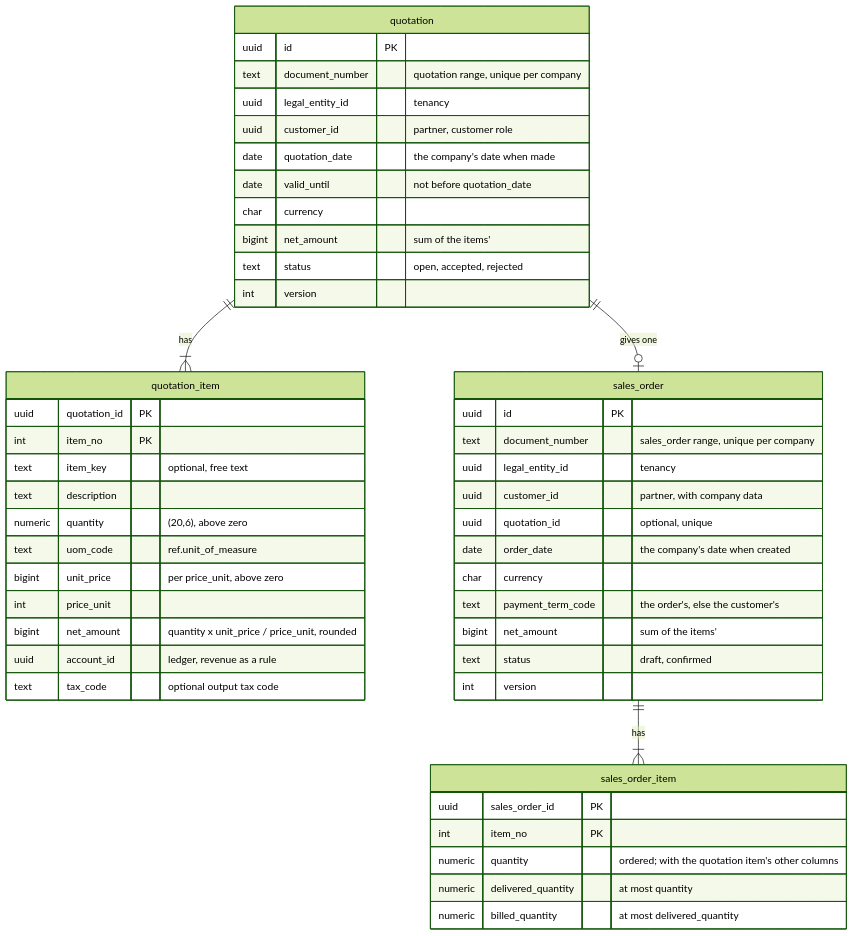
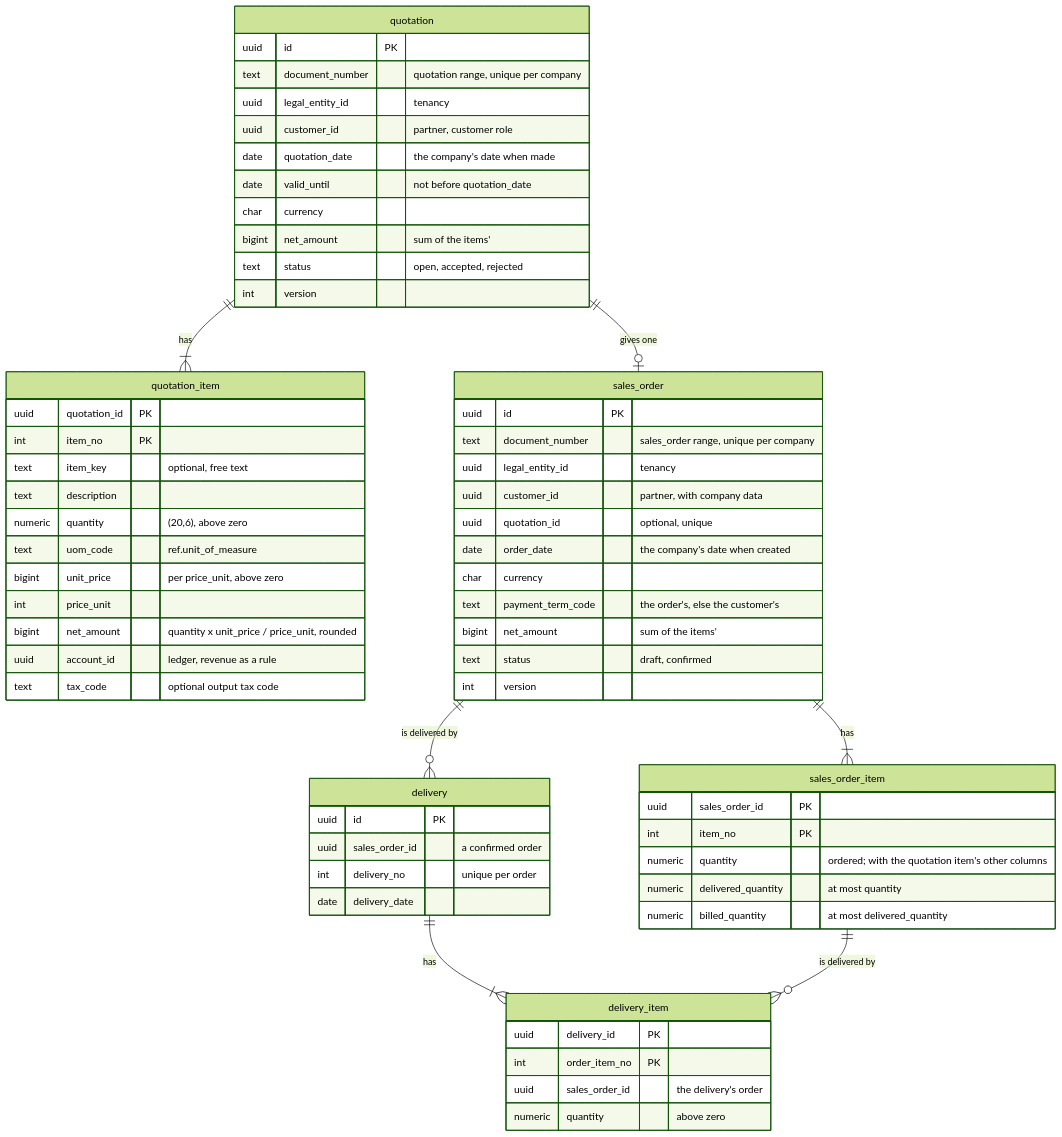
One commit to mustie7iy/agentic-erp changed diagram 16 of 16 in docs/design/03-data-model.md. Above: the diagram before and after it, drawn with Mermaid (forest theme). The commit also changed other lines of this file and 33 other files, not shown here.

````diff
--- a/docs/design/03-data-model.md
+++ b/docs/design/03-data-model.md
@@ -4246,47 +4248,60 @@
 ```mermaid
 erDiagram
   quotation ||--|{ quotation_item : "has"
   quotation { uuid id PK
     text document_number "quotation range, unique per company"
     uuid legal_entity_id "tenancy"
     uuid customer_id "partner, customer role"
     date quotation_date "the company's date when made"
     date valid_until "not before quotation_date"
     char currency
     bigint net_amount "sum of the items'"
     text status "open, accepted, rejected"
     int version
   }
   quotation_item { uuid quotation_id PK
     int item_no PK
     text item_key "optional, free text"
     text description
     numeric quantity "(20,6), above zero"
     text uom_code "ref.unit_of_measure"
     bigint unit_price "per price_unit, above zero"
     int price_unit
     bigint net_amount "quantity x unit_price / price_unit, rounded"
     uuid account_id "ledger, revenue as a rule"
     text tax_code "optional output tax code"
   }
   quotation ||--o| sales_order : "gives one"
   sales_order ||--|{ sales_order_item : "has"
   sales_order { uuid id PK
     text document_number "sales_order range, unique per company"
     uuid legal_entity_id "tenancy"
     uuid customer_id "partner, with company data"
     uuid quotation_id "optional, unique"
     date order_date "the company's date when created"
     char currency
     text payment_term_code "the order's, else the customer's"
     bigint net_amount "sum of the items'"
     text status "draft, confirmed"
     int version
   }
   sales_order_item { uuid sales_order_id PK
     int item_no PK
     numeric quantity "ordered; with the quotation item's other columns"
     numeric delivered_quantity "at most quantity"
     numeric billed_quantity "at most delivered_quantity"
   }
+  sales_order ||--o{ delivery : "is delivered by"
+  delivery ||--|{ delivery_item : "has"
+  sales_order_item ||--o{ delivery_item : "is delivered by"
+  delivery { uuid id PK
+    uuid sales_order_id "a confirmed order"
+    int delivery_no "unique per order"
+    date delivery_date
+  }
+  delivery_item { uuid delivery_id PK
+    int order_item_no PK
+    uuid sales_order_id "the delivery's order"
+    numeric quantity "above zero"
+  }
 ```
````
